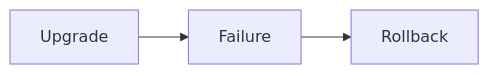
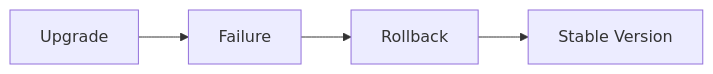
Diagram 12 of 17 in 02-Detailed-Notes/16-Helm/19-Production Deployments.md (akshayachar03/DevOps-Learning), drawn with Mermaid before and after one commit. The commit also changed other lines of this file, not shown here.

````diff
--- a/02-Detailed-Notes/16-Helm/19-Production Deployments.md
+++ b/02-Detailed-Notes/16-Helm/19-Production Deployments.md
@@ -836,5 +835,8 @@
 ```mermaid
 flowchart LR
 
-Upgrade --> Failure --> Rollback
+A[Upgrade]
+A --> B[Failure]
+B --> C[Rollback]
+C --> D[Stable Version]
 ```
````
